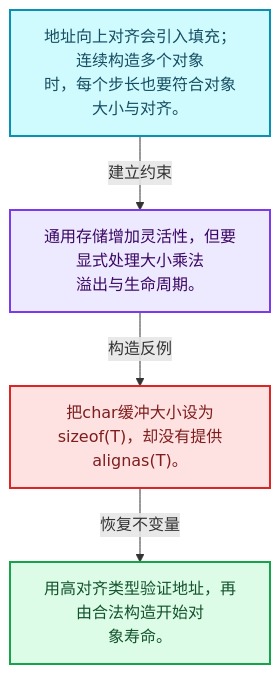
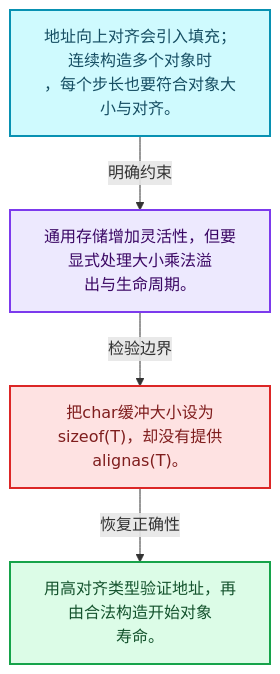
Before and after one commit to yunkezengren/blender-.vscode: the first of 4 diagrams in 杂/markdown/全面学习-codex/03-内存分配与运行时类型/01-对齐与未初始化存储.md, drawn with Mermaid. The commit also changed other lines of this file and 1930 other files, not shown here.

````diff
--- a/杂/markdown/全面学习-codex/03-内存分配与运行时类型/01-对齐与未初始化存储.md
+++ b/杂/markdown/全面学习-codex/03-内存分配与运行时类型/01-对齐与未初始化存储.md
@@ -29,16 +29,16 @@
 ```mermaid
 flowchart TB
-  M["地址向上对齐会引入填充；连续构造多个对象<br/>时，每个步长也要符合对象大小与对齐。"]:::data
-  T["通用存储增加灵活性，但要显式处理大小乘法<br/>溢出与生命周期。"]:::abstraction
-  X["把char缓冲大小设为sizeof(T)，却没有提供<br/>alignas(T)。"]:::error
-  A["用高对齐类型验证地址，再由合法构造开始对<br/>象寿命。"]:::result
-  M -->|"建立约束"| T
-  T -->|"构造反例"| X
-  X -->|"恢复不变量"| A
+  M["地址向上对齐会引入填充；连续构造多个对象时<br/>，每个步长也要符合对象大小与对齐。"]:::data
+  C["通用存储增加灵活性，但要显式处理大小乘法溢<br/>出与生命周期。"]:::abstraction
+  B["把char缓冲大小设为sizeof(T)，却没有提供<br/>alignas(T)。"]:::error
+  R["用高对齐类型验证地址，再由合法构造开始对象<br/>寿命。"]:::result
+  M -->|"明确约束"| C
+  C -->|"检验边界"| B
+  B -->|"恢复正确性"| R
   classDef input fill:#DBEAFE,stroke:#2563EB,color:#172554,stroke-width:2px;
   classDef data fill:#CFFAFE,stroke:#0891B2,color:#164E63,stroke-width:2px;
   classDef abstraction fill:#EDE9FE,stroke:#7C3AED,color:#3B0764,stroke-width:2px;
   classDef compute fill:#FEF3C7,stroke:#D97706,color:#78350F,stroke-width:2px;
   classDef result fill:#DCFCE7,stroke:#16A34A,color:#14532D,stroke-width:2px;
   classDef error fill:#FEE2E2,stroke:#DC2626,color:#7F1D1D,stroke-width:2px;
 ```
````
